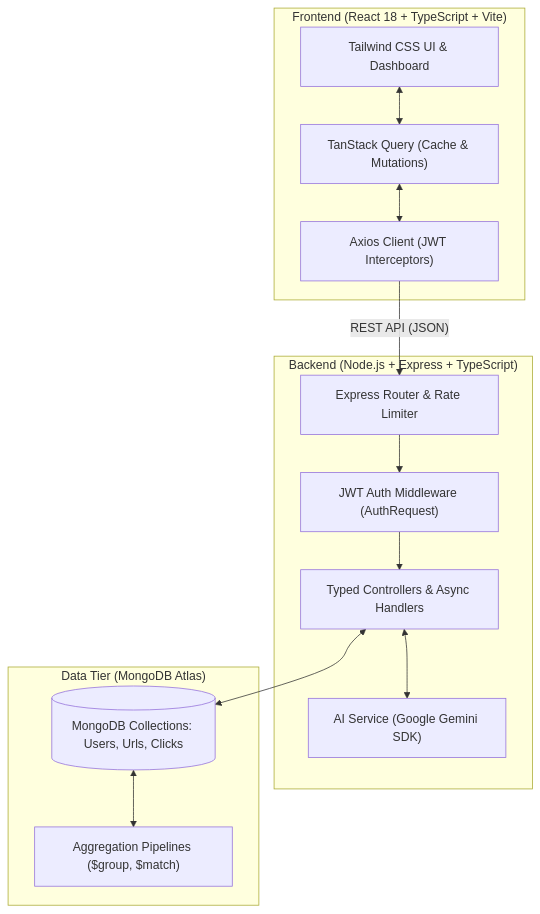
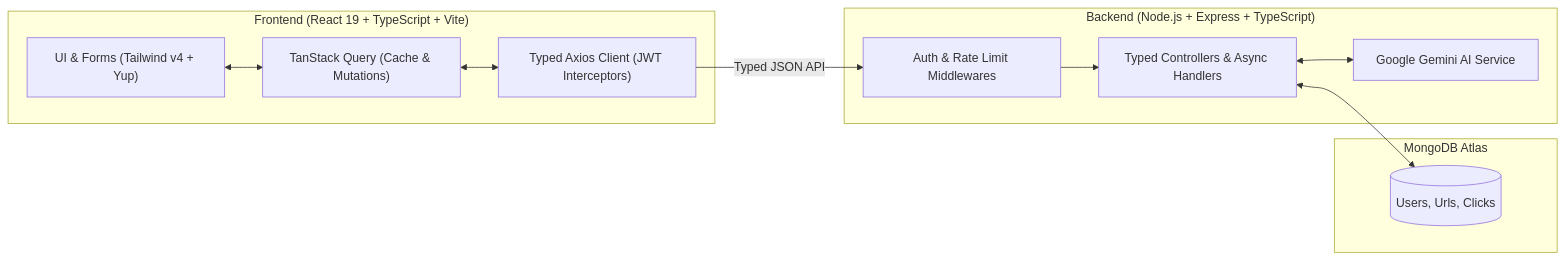
Before and after one commit to vyasan-6-6/Url-shortener-pro: the diagram in README.md, drawn with Mermaid. The commit also changed other lines of this file, not shown here.

Commit message:
docs: rewrite README with TypeScript-first architecture and accurate project structure

````diff
--- a/README.md
+++ b/README.md
@@ -52,27 +51,23 @@
 ```mermaid
-flowchart TD
-    subgraph Client ["Frontend (React 18 + TypeScript + Vite)"]
-        UI["Tailwind CSS UI & Dashboard"]
+flowchart LR
+    subgraph Client["Frontend (React 19 + TypeScript + Vite)"]
+        UI["UI & Forms (Tailwind v4 + Yup)"]
         RQ["TanStack Query (Cache & Mutations)"]
-        AxiosClient["Axios Client (JWT Interceptors)"]
-        UI <--> RQ <--> AxiosClient
+        API["Typed Axios Client (JWT Interceptors)"]
+        UI <--> RQ <--> API
     end
 
-    subgraph Server ["Backend (Node.js + Express + TypeScript)"]
-        Router["Express Router & Rate Limiter"]
-        AuthMiddleware["JWT Auth Middleware (AuthRequest)"]
-        Controllers["Typed Controllers & Async Handlers"]
-        AIService["AI Service (Google Gemini SDK)"]
-        Router --> AuthMiddleware --> Controllers
-        Controllers <--> AIService
+    subgraph Server["Backend (Node.js + Express + TypeScript)"]
+        MW["Auth & Rate Limit Middlewares"]
+        Ctrl["Typed Controllers & Async Handlers"]
+        AI["Google Gemini AI Service"]
+        MW --> Ctrl <--> AI
     end
 
-    subgraph Database ["Data Tier (MongoDB Atlas)"]
-        Mongo[("MongoDB Collections: Users, Urls, Clicks")]
-        Agg["Aggregation Pipelines ($group, $match)"]
-        Controllers <--> Mongo
-        Mongo <--> Agg
+    subgraph DB["MongoDB Atlas"]
+        Collections[("Users, Urls, Clicks")]
+        Ctrl <--> Collections
     end
 
-    AxiosClient -->|"REST API (JSON)"| Router
+    API -->|"Typed JSON API"| MW
 ```
````
